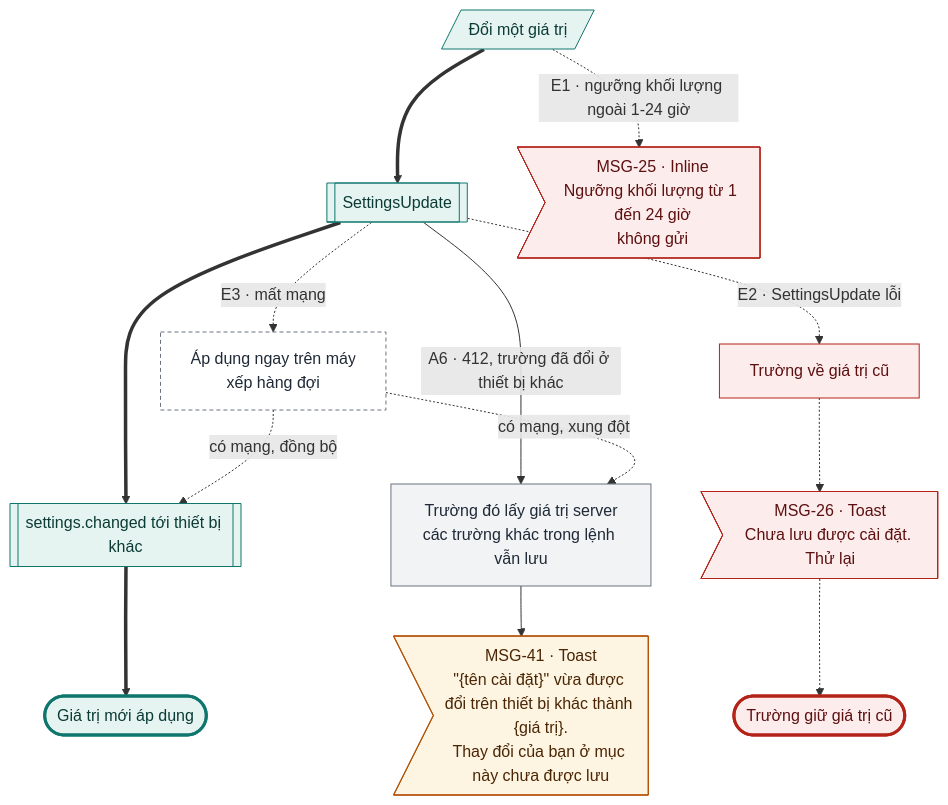
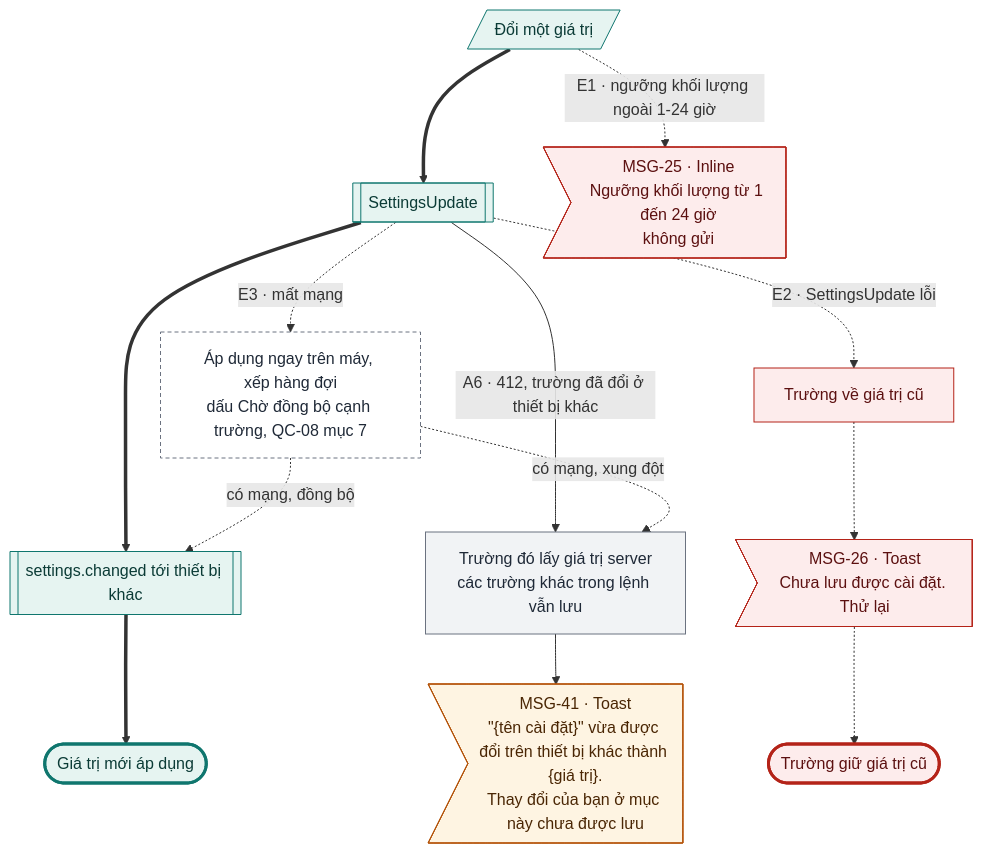
Before and after one commit to tannguyenho/personal-app: diagram 15 of 27 in docs/design-brief/flow/g01-tai-khoan.md, drawn with Mermaid. The commit also changed other lines of this file and 6 other files, not shown here.

First line of the commit message:
docs(G01, G10): áp quyết định PO 09/11 vào SRS, PRD, flow; IA trỏ mã mới

````diff
--- a/docs/design-brief/flow/g01-tai-khoan.md
+++ b/docs/design-brief/flow/g01-tai-khoan.md
@@ -685,37 +689,37 @@
 ```mermaid
 flowchart TD
   u1[/"Đổi một giá trị"/]
   p2[["SettingsUpdate"]]
   p3[["settings.changed tới thiết bị khác"]]
   ok(["Giá trị mới áp dụng"])
 
   u1 ==> p2 ==> p3 ==> ok
 
   p2 -->|"A6 · 412, trường đã đổi ở thiết bị khác"| a6["Trường đó lấy giá trị server<br/>các trường khác trong lệnh vẫn lưu"]
   a6 --> a6m>"MSG-41 · Toast<br/>#quot;{tên cài đặt}#quot; vừa được đổi trên thiết bị khác thành {giá trị}.<br/>Thay đổi của bạn ở mục này chưa được lưu"]
 
   u1 -.->|"E1 · ngưỡng khối lượng ngoài 1-24 giờ"| e1m>"MSG-25 · Inline<br/>Ngưỡng khối lượng từ 1 đến 24 giờ<br/>không gửi"]
   p2 -.->|"E2 · SettingsUpdate lỗi"| e2["Trường về giá trị cũ"]
   e2 -.-> e2m>"MSG-26 · Toast<br/>Chưa lưu được cài đặt. Thử lại"]
   e2m -.-> fail(["Trường giữ giá trị cũ"])
-  p2 -.->|"E3 · mất mạng"| e3["Áp dụng ngay trên máy<br/>xếp hàng đợi"]
+  p2 -.->|"E3 · mất mạng"| e3["Áp dụng ngay trên máy, xếp hàng đợi<br/>dấu Chờ đồng bộ cạnh trường, QC-08 mục 7"]
   e3 -.->|"có mạng, đồng bộ"| p3
   e3 -.->|"có mạng, xung đột"| a6
 
   class u1,p2,p3 happy
   class a6 alt
   class a6m warn
   class e1m,e2,e2m err
   class e3 sync
   class ok done
   class fail fail
   classDef happy fill:#E6F4F1,stroke:#0F766E,color:#0B3B36
   classDef alt fill:#F1F3F5,stroke:#6B7280,color:#1F2937
   classDef err fill:#FDECEC,stroke:#B42318,color:#5C1010
   classDef warn fill:#FEF4E2,stroke:#B45309,color:#4A2604
   classDef ai fill:#F1ECFD,stroke:#6D28D9,color:#2E1065
   classDef sync fill:#FFFFFF,stroke:#6B7280,stroke-dasharray:4 3,color:#1F2937
   classDef link fill:#FFFFFF,stroke:#0F766E,stroke-dasharray:4 3,color:#0B3B36
   classDef done fill:#E6F4F1,stroke:#0F766E,stroke-width:3px,color:#0B3B36
   classDef fail fill:#FDECEC,stroke:#B42318,stroke-width:3px,color:#5C1010
 ```
````
